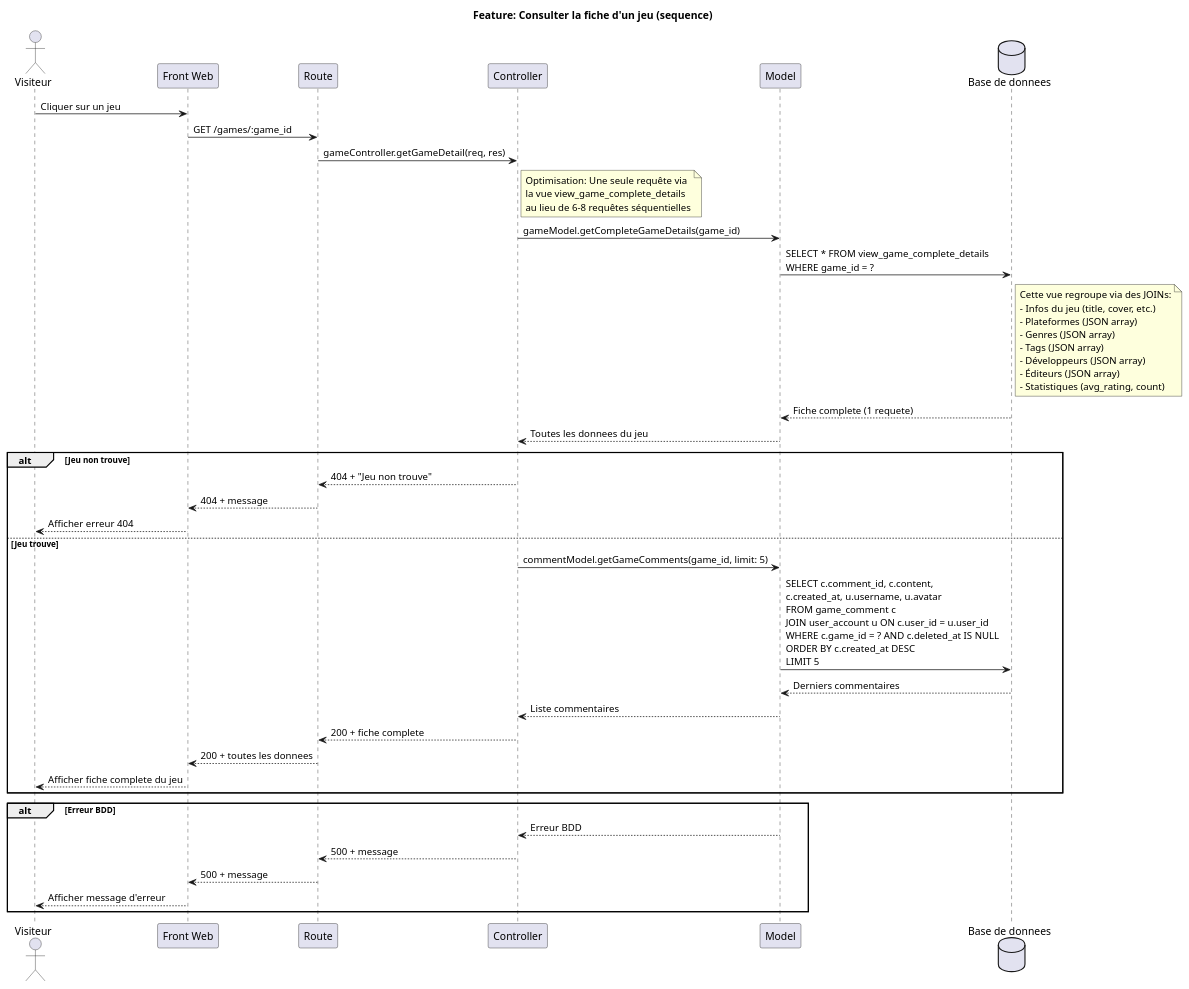
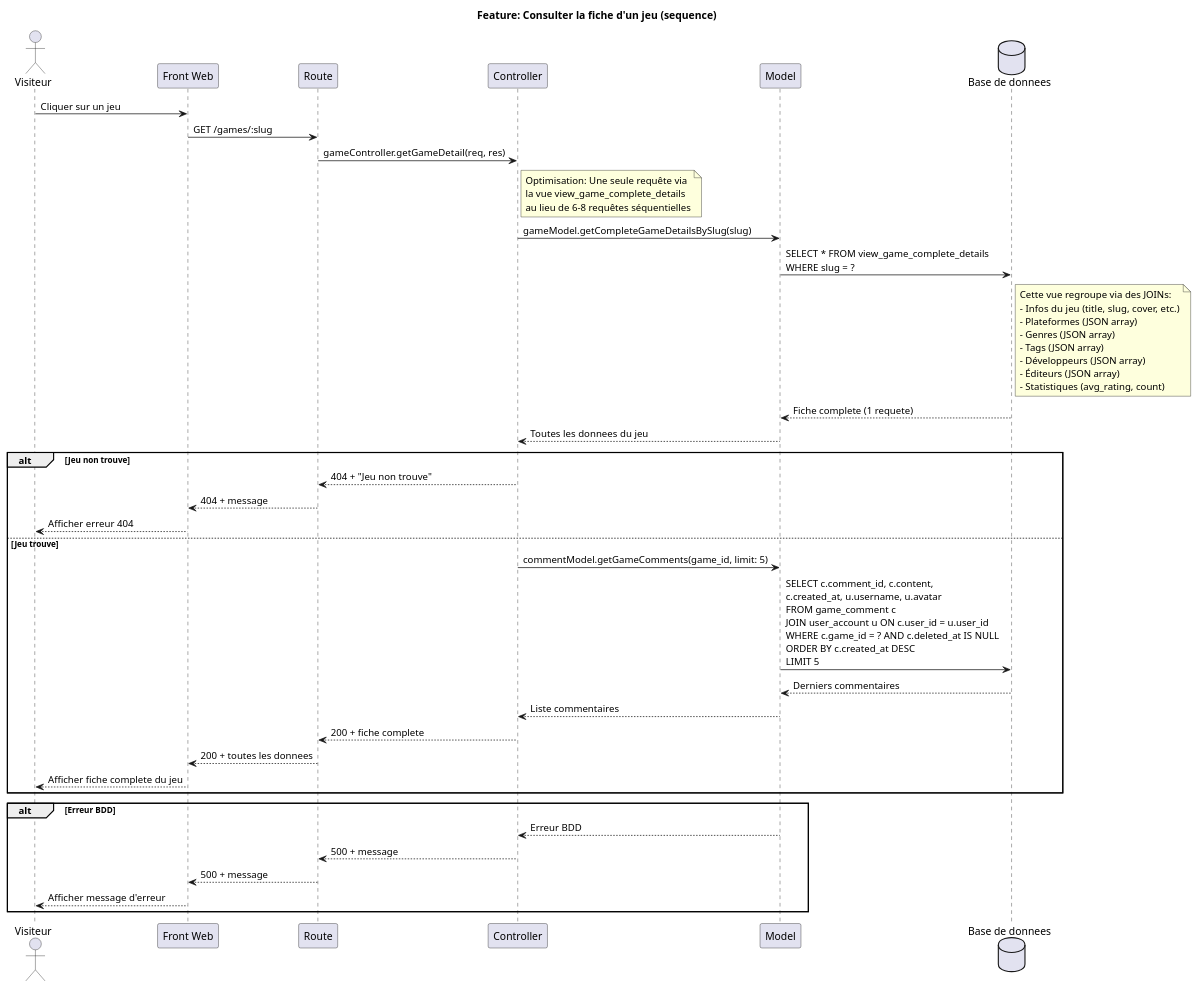
One commit to Zodiarche/MyGameList changed the diagram in uml/sequence/view-game-detail.puml. Above: the diagram before and after it, drawn with PlantUML. The commit also changed 3 other files, not shown here.

```diff
--- a/uml/sequence/view-game-detail.puml
+++ b/uml/sequence/view-game-detail.puml
@@ -1,56 +1,56 @@
 @startuml Feature_ConsulterFicheJeu_Sequence
 title Feature: Consulter la fiche d'un jeu (sequence)
 actor Visiteur
 participant "Front Web" as Front
 participant "Route" as Route
 participant "Controller" as Controller
 participant "Model" as Model
 database "Base de donnees" as BDD
 
 Visiteur -> Front: Cliquer sur un jeu
-Front -> Route: GET /games/:game_id
+Front -> Route: GET /games/:slug
 Route -> Controller: gameController.getGameDetail(req, res)
 
 note right of Controller
   Optimisation: Une seule requête via
   la vue view_game_complete_details
   au lieu de 6-8 requêtes séquentielles
 end note
 
-Controller -> Model: gameModel.getCompleteGameDetails(game_id)
-Model -> BDD: SELECT * FROM view_game_complete_details\nWHERE game_id = ?
+Controller -> Model: gameModel.getCompleteGameDetailsBySlug(slug)
+Model -> BDD: SELECT * FROM view_game_complete_details\nWHERE slug = ?
 note right of BDD
   Cette vue regroupe via des JOINs:
-  - Infos du jeu (title, cover, etc.)
+  - Infos du jeu (title, slug, cover, etc.)
   - Plateformes (JSON array)
   - Genres (JSON array)
   - Tags (JSON array)
   - Développeurs (JSON array)
   - Éditeurs (JSON array)
   - Statistiques (avg_rating, count)
 end note
 BDD --> Model: Fiche complete (1 requete)
 Model --> Controller: Toutes les donnees du jeu
 
 alt Jeu non trouve
 Controller --> Route: 404 + "Jeu non trouve"
 Route --> Front: 404 + message
 Front --> Visiteur: Afficher erreur 404
 else Jeu trouve
 Controller -> Model: commentModel.getGameComments(game_id, limit: 5)
 Model -> BDD: SELECT c.comment_id, c.content,\nc.created_at, u.username, u.avatar\nFROM game_comment c\nJOIN user_account u ON c.user_id = u.user_id\nWHERE c.game_id = ? AND c.deleted_at IS NULL\nORDER BY c.created_at DESC\nLIMIT 5
 BDD --> Model: Derniers commentaires
 Model --> Controller: Liste commentaires
 
 Controller --> Route: 200 + fiche complete
 Route --> Front: 200 + toutes les donnees
 Front --> Visiteur: Afficher fiche complete du jeu
 end
 
 alt Erreur BDD
 Model --> Controller: Erreur BDD
 Controller --> Route: 500 + message
 Route --> Front: 500 + message
 Front --> Visiteur: Afficher message d'erreur
 end
 @enduml
```
